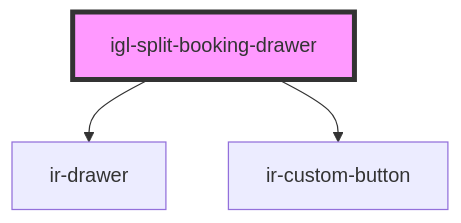
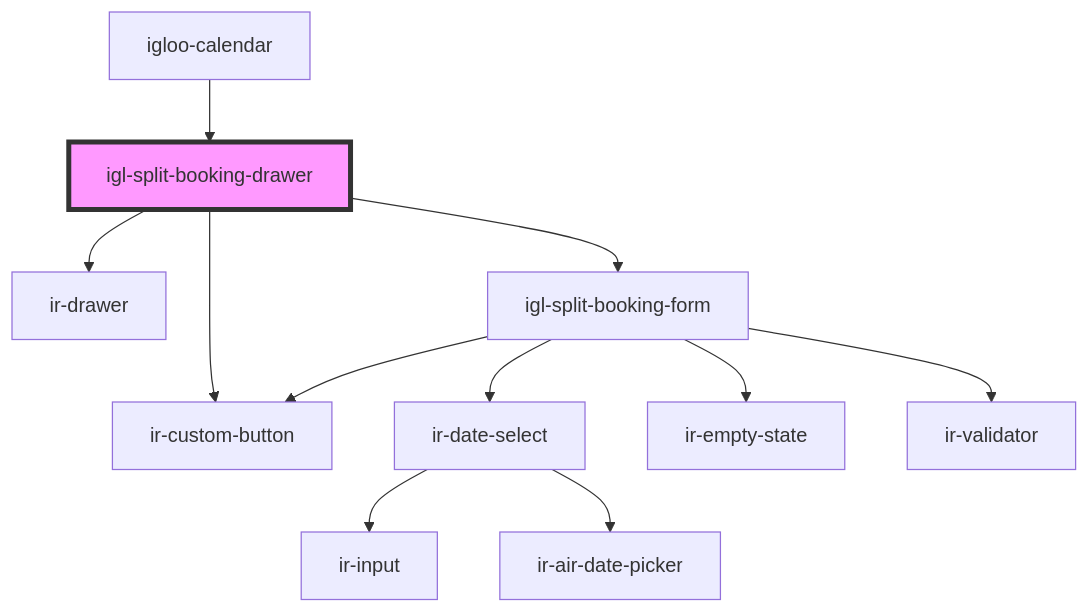
The diagram in src/components/igloo-calendar/igl-split-booking-drawer/readme.md (RonyRizk/ir-webcmp), drawn with Mermaid before and after one commit. The commit also changed other lines of this file and 857 other files, not shown here.

````diff
--- a/src/components/igloo-calendar/igl-split-booking-drawer/readme.md
+++ b/src/components/igloo-calendar/igl-split-booking-drawer/readme.md
@@ -32,6 +37,14 @@
 ```mermaid
 graph TD;
   igl-split-booking-drawer --> ir-drawer
+  igl-split-booking-drawer --> igl-split-booking-form
   igl-split-booking-drawer --> ir-custom-button
+  igl-split-booking-form --> ir-date-select
+  igl-split-booking-form --> ir-custom-button
+  igl-split-booking-form --> ir-empty-state
+  igl-split-booking-form --> ir-validator
+  ir-date-select --> ir-input
+  ir-date-select --> ir-air-date-picker
+  igloo-calendar --> igl-split-booking-drawer
   style igl-split-booking-drawer fill:#f9f,stroke:#333,stroke-width:4px
 ```
````
